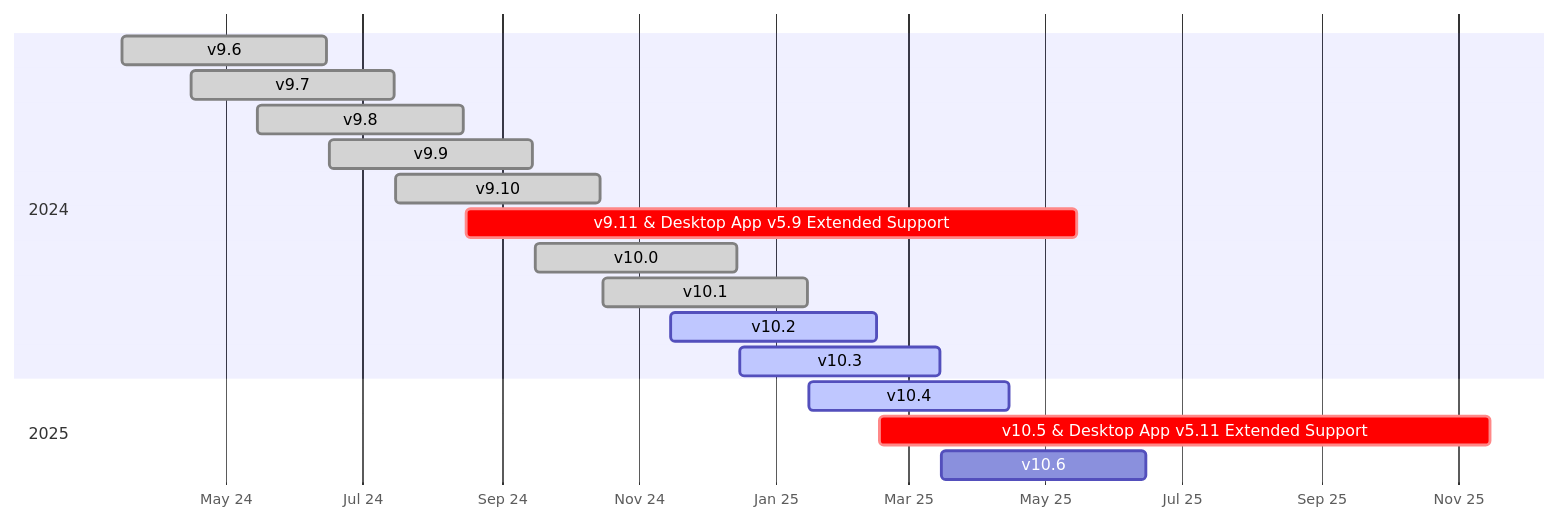
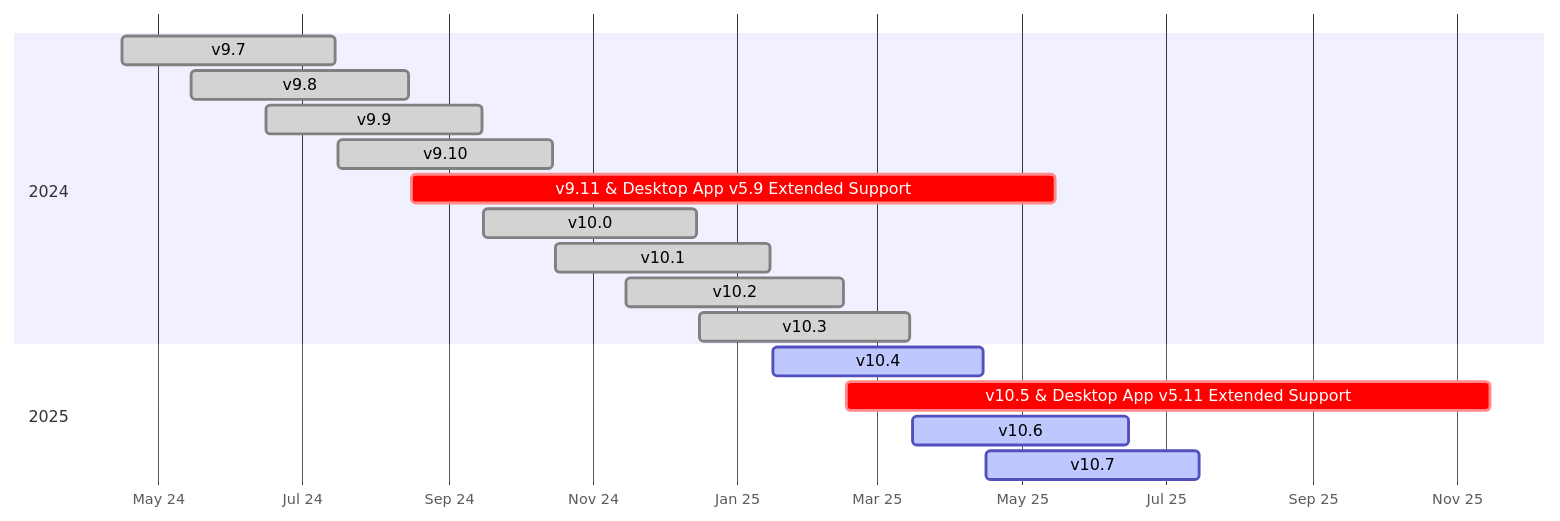
One commit to mattermost/docs changed the diagram in source/about/release-policy.md. Above: the diagram before and after it, drawn with Mermaid. The commit also changed 4 other files, not shown here.

````diff
--- a/source/about/release-policy.md
+++ b/source/about/release-policy.md
@@ -48,24 +48,24 @@
 ```{mermaid}
 
 gantt
     dateFormat  YYYY-MM-DD
     axisFormat  %b %y
     tickInterval 2month
     
     section 2024
-    v9.6                   :done,  2024-03-16, 2024-06-15
     v9.7                   :done,  2024-04-16, 2024-07-15
     v9.8                   :done,  2024-05-15, 2024-08-15
     v9.9                   :done,  2024-06-16, 2024-09-15
     v9.10                  :done,  2024-07-16, 2024-10-15
     v9.11 & Desktop App v5.9 Extended Support :crit,    2024-08-16, 2025-05-15
     v10.0                  :done,    2024-09-16, 2024-12-15
     v10.1                  :done,    2024-10-16, 2025-01-15
-    v10.2                  :active,  2024-11-15, 2025-02-15
-    v10.3                  :active,  2024-12-16, 2025-03-15
+    v10.2                  :done,  2024-11-15, 2025-02-15
+    v10.3                  :done,  2024-12-16, 2025-03-15
 
     section 2025
     v10.4                  :active,  2025-01-16, 2025-04-15
     v10.5 & Desktop App v5.11 Extended Support :crit,    2025-02-16, 2025-11-15
-    v10.6                  :upcoming, 2025-03-16, 2025-06-15
+    v10.6                  :active, 2025-03-16, 2025-06-15
+    v10.7                  :active, 2025-04-16, 2025-07-15
 ```
````
